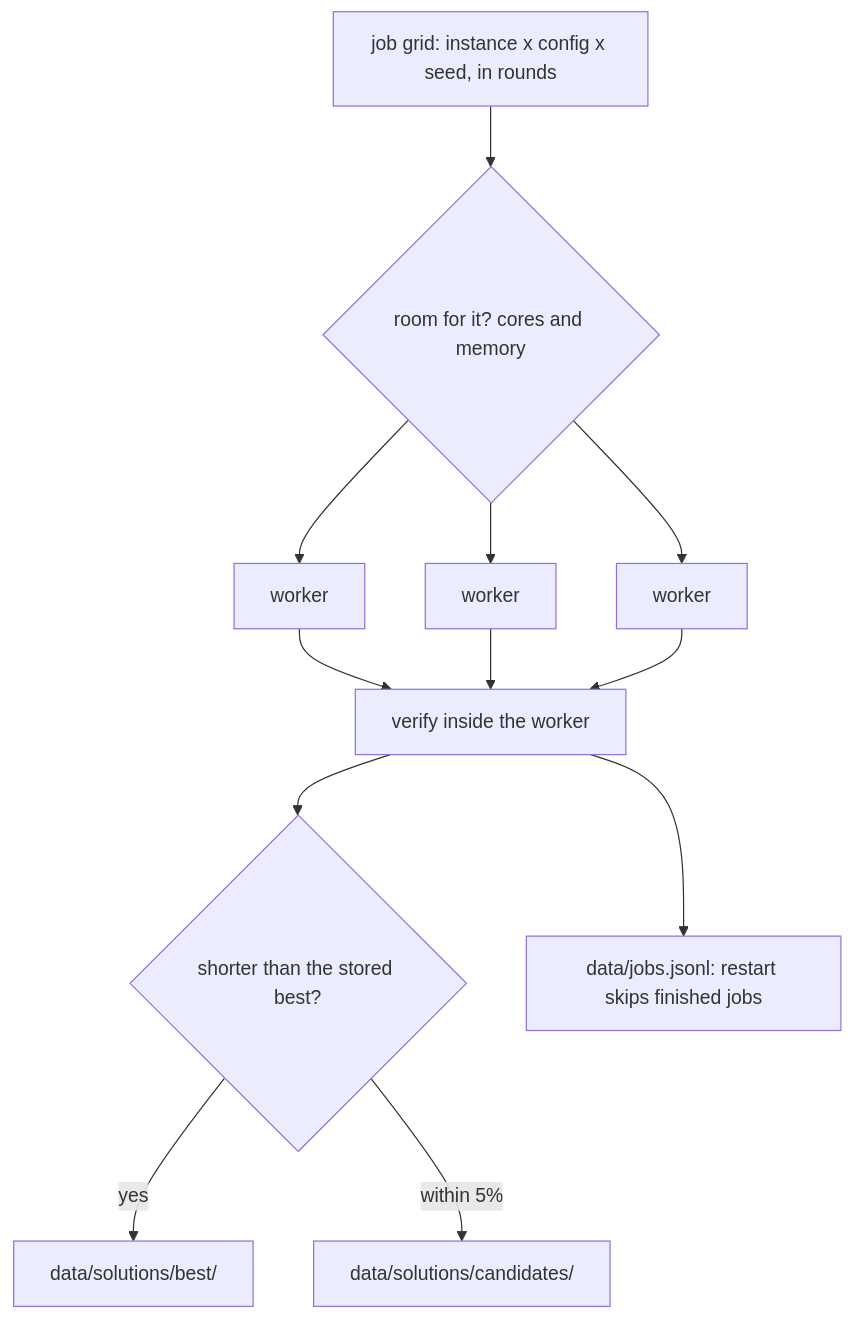
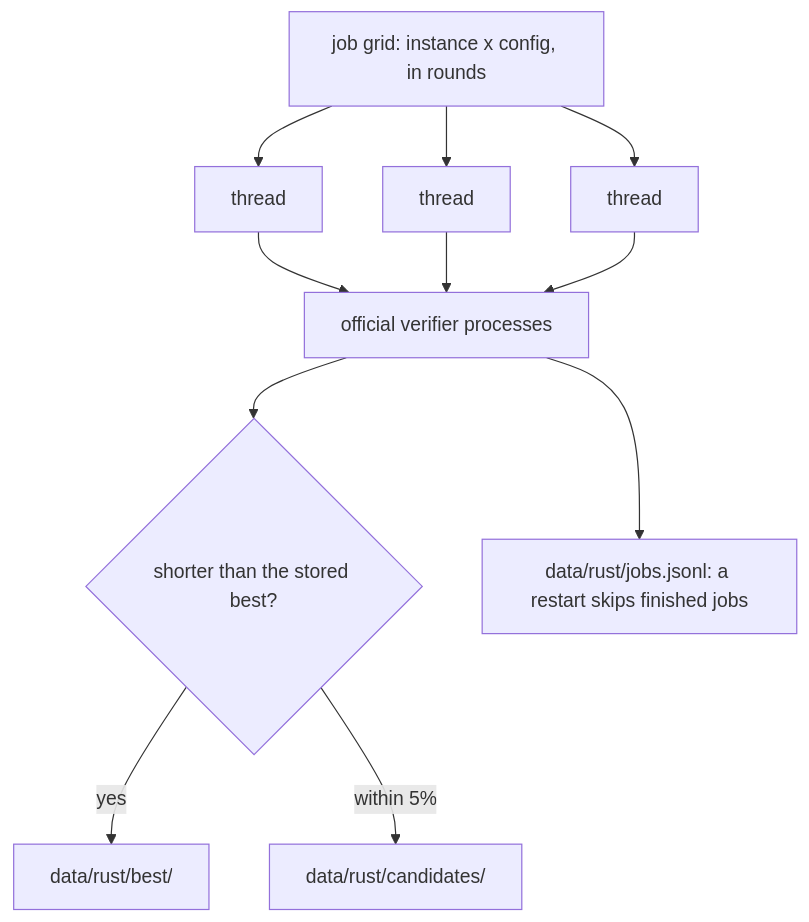
The fifth of 7 diagrams in docs/how-it-works.md (voltro33/CG-SHOP-2027), drawn with Mermaid before and after one commit. The commit also changed other lines of this file and 4 other files, not shown here.

First line of the commit message:
docs: how-it-works for the Rust solver, the restart run and the edge test

````diff
--- a/docs/how-it-works.md
+++ b/docs/how-it-works.md
@@ -218,14 +268,13 @@
 ```mermaid
 flowchart TB
-    Q[job grid: instance x config x seed, in rounds] --> A{room for it? cores and memory}
-    A --> W1[worker]
-    A --> W2[worker]
-    A --> W3[worker]
-    W1 --> V[verify inside the worker]
+    Q[job grid: instance x config, in rounds] --> W1[thread]
+    Q --> W2[thread]
+    Q --> W3[thread]
+    W1 --> V[official verifier processes]
     W2 --> V
     W3 --> V
     V --> M{shorter than the stored best?}
-    M -- yes --> B[data/solutions/best/]
-    M -- within 5% --> C[data/solutions/candidates/]
-    V --> J[data/jobs.jsonl: restart skips finished jobs]
+    M -- yes --> B[data/rust/best/]
+    M -- within 5% --> C[data/rust/candidates/]
+    V --> J[data/rust/jobs.jsonl: a restart skips finished jobs]
 ```
````
